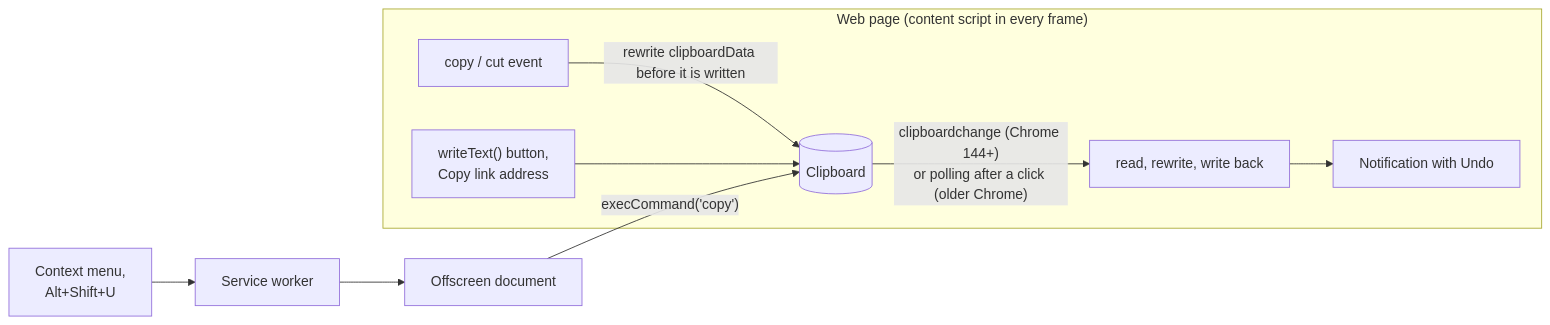
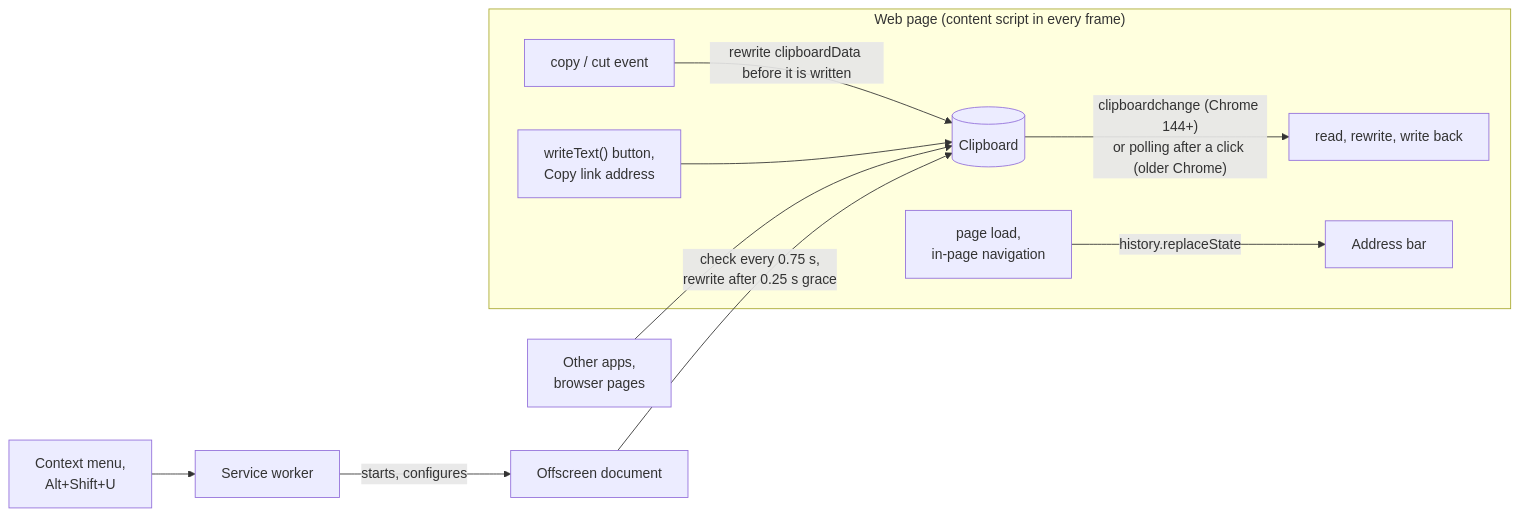
The diagram in README.md (pszemraj/utm-randomizer), drawn with Mermaid before and after one commit. The commit also changed other lines of this file and 3 other files, not shown here.

First line of the commit message:
docs: document decoys, address-bar cleaning, and the clipboard watcher

````diff
--- a/README.md
+++ b/README.md
@@ -59,10 +64,13 @@
 ```mermaid
 flowchart LR
   subgraph page["Web page (content script in every frame)"]
     copy["copy / cut event"] -->|"rewrite clipboardData before it is written"| clip[("Clipboard")]
     other["writeText() button,<br/>Copy link address"] --> clip
     clip -->|"clipboardchange (Chrome 144+)<br/>or polling after a click (older Chrome)"| fix["read, rewrite, write back"]
-    fix --> toast["Notification with Undo"]
+    load["page load,<br/>in-page navigation"] -->|"history.replaceState"| bar["Address bar"]
   end
-  menu["Context menu,<br/>Alt+Shift+U"] --> worker["Service worker"] --> offscreen["Offscreen document"] -->|"execCommand('copy')"| clip
+  apps["Other apps,<br/>browser pages"] --> clip
+  worker["Service worker"] -->|"starts, configures"| offscreen["Offscreen document"]
+  offscreen -->|"check every 0.75 s,<br/>rewrite after 0.25 s grace"| clip
+  menu["Context menu,<br/>Alt+Shift+U"] --> worker
 ```
````
